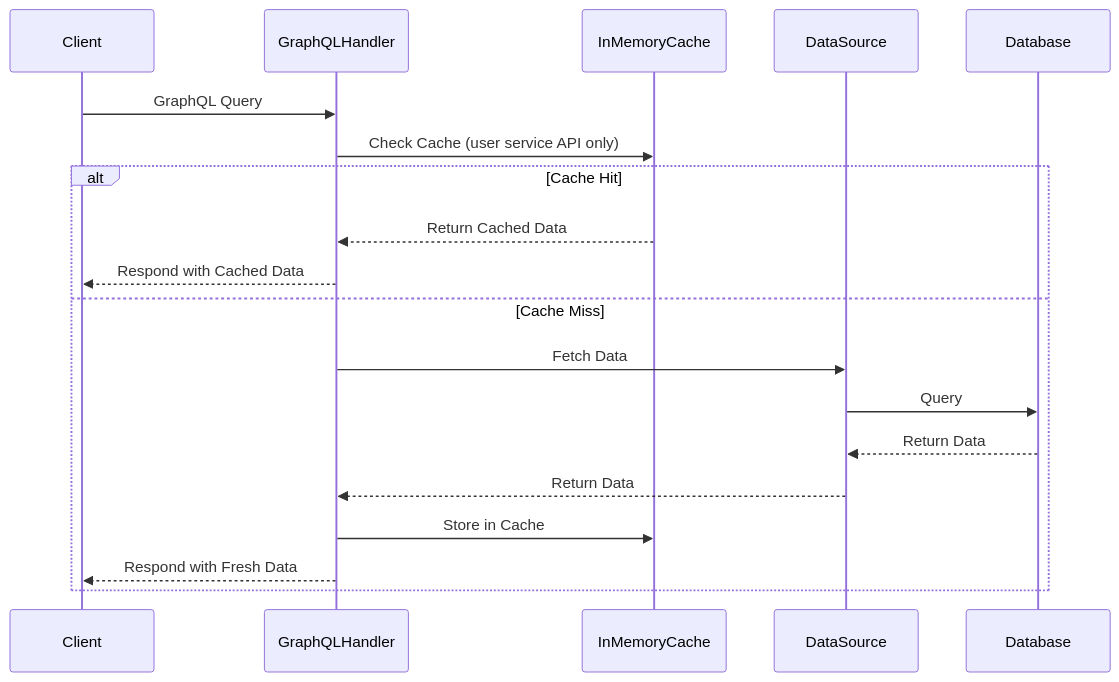
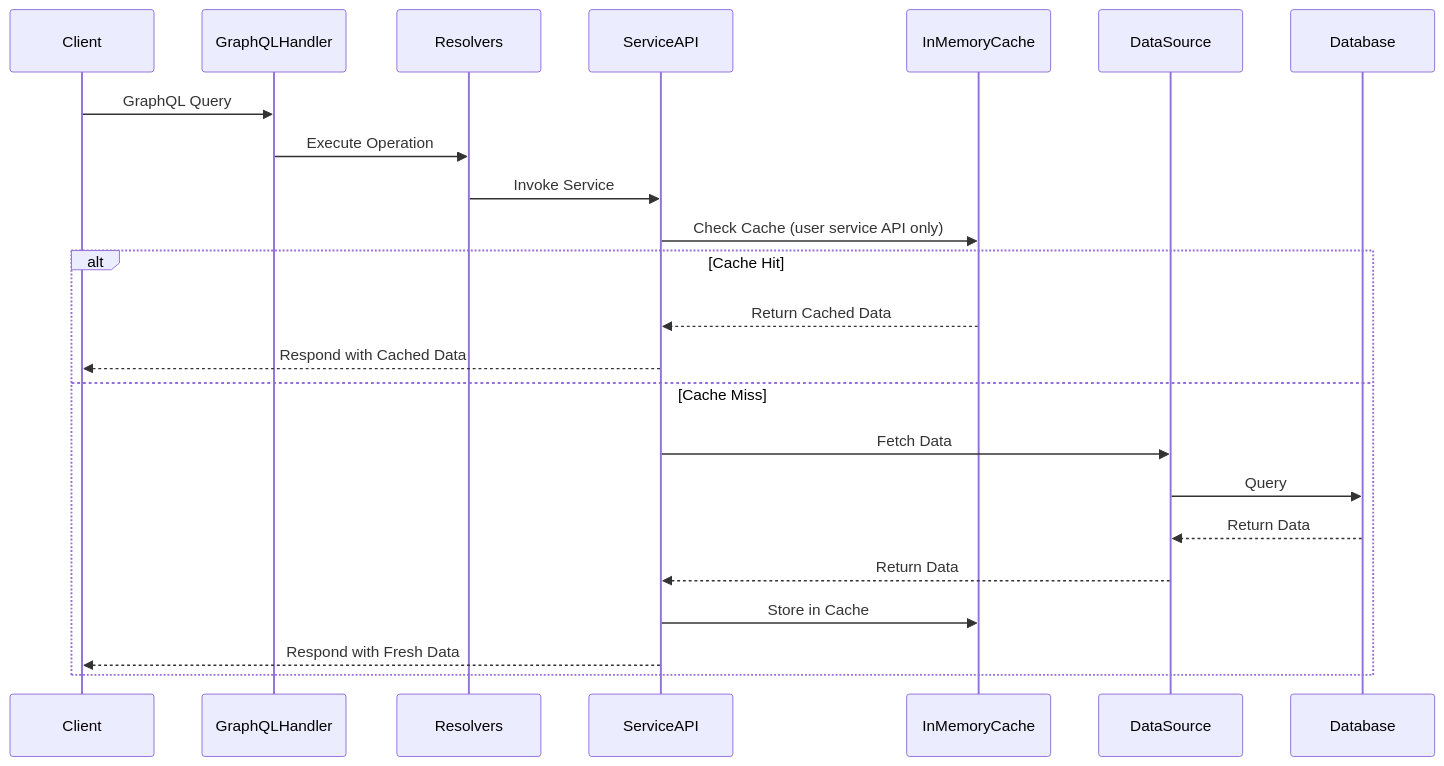
One commit to vinodhj/expense-microservices changed the eighth of 15 diagrams in docs/user-services.md. Above: the diagram before and after it, drawn with Mermaid. The commit also changed other lines of this file, not shown here.

Commit message:
mermaid tweaks-6

````diff
--- a/docs/user-services.md
+++ b/docs/user-services.md
@@ -468,23 +468,28 @@
 ```mermaid
 sequenceDiagram
     participant Client
     participant GraphQLHandler
+    participant Resolvers
+    participant ServiceAPI
     participant InMemoryCache
     participant DataSource
     participant Database
 
     Client->>GraphQLHandler: GraphQL Query
-    GraphQLHandler->>InMemoryCache: Check Cache (user service API only)
+    GraphQLHandler->>Resolvers: Execute Operation
+    Resolvers->>ServiceAPI: Invoke Service
+
+    ServiceAPI->>InMemoryCache: Check Cache (user service API only)
 
     alt Cache Hit
-        InMemoryCache-->>GraphQLHandler: Return Cached Data
-        GraphQLHandler-->>Client: Respond with Cached Data
+        InMemoryCache-->>ServiceAPI: Return Cached Data
+        ServiceAPI-->>Client: Respond with Cached Data
     else Cache Miss
-        GraphQLHandler->>DataSource: Fetch Data
+        ServiceAPI->>DataSource: Fetch Data
         DataSource->>Database: Query
         Database-->>DataSource: Return Data
-        DataSource-->>GraphQLHandler: Return Data
-        GraphQLHandler->>InMemoryCache: Store in Cache
-        GraphQLHandler-->>Client: Respond with Fresh Data
+        DataSource-->>ServiceAPI: Return Data
+        ServiceAPI->>InMemoryCache: Store in Cache
+        ServiceAPI-->>Client: Respond with Fresh Data
     end
 ```
````
